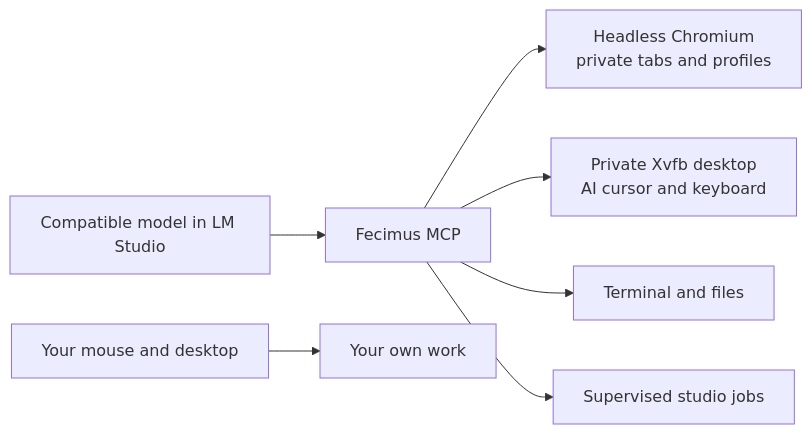
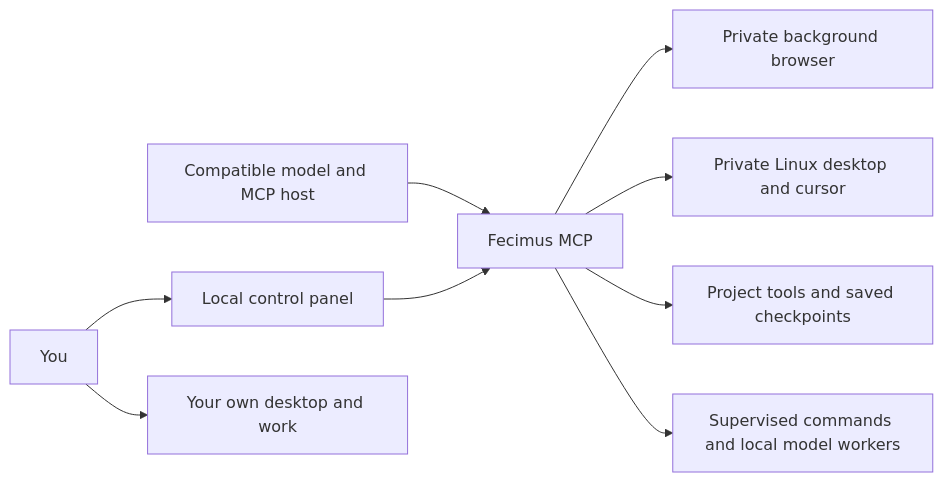
Before and after one commit to NermalYT/fecimus: the diagram in README.md, drawn with Mermaid. The commit also changed other lines of this file and 5 other files, not shown here.

Commit message:
Finalize Fecimus MCP 3.0.0 with graphical setup and private addons

````diff
--- a/README.md
+++ b/README.md
@@ -11,9 +9,11 @@
 ```mermaid
 flowchart LR
-    M[Compatible model in LM Studio] --> A[Fecimus MCP]
-    A --> B[Headless Chromium\nprivate tabs and profiles]
-    A --> D[Private Xvfb desktop\nAI cursor and keyboard]
-    A --> F[Terminal and files]
-    A --> J[Supervised studio jobs]
-    U[Your mouse and desktop] --> W[Your own work]
+    M[Compatible model and MCP host] --> A[Fecimus MCP]
+    A --> B[Private background browser]
+    A --> D[Private Linux desktop and cursor]
+    A --> P[Project tools and saved checkpoints]
+    A --> J[Supervised commands and local model workers]
+    U[You] --> C[Local control panel]
+    C --> A
+    U --> W[Your own desktop and work]
 ```
````
